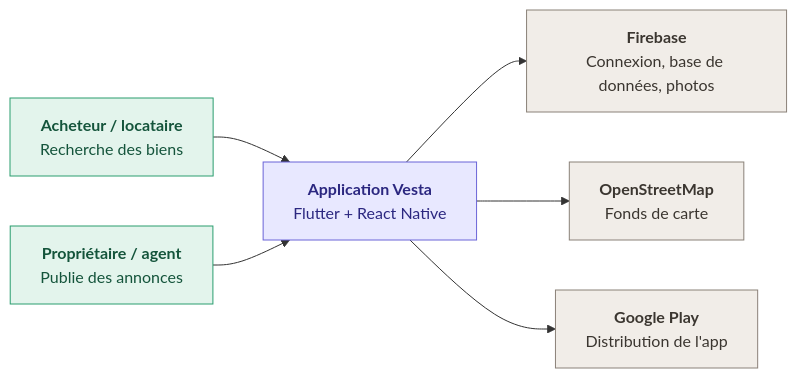
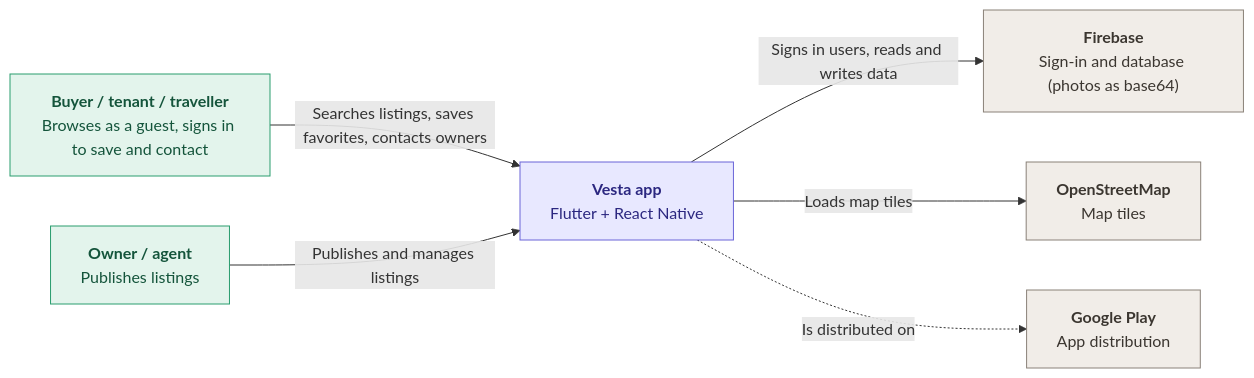
Before and after one commit to manar09-code/vesta: the diagram in docs/c4/level1-context.mmd, drawn with Mermaid. The commit also changed 6 other files, not shown here.

Commit message:
docs(c4): English labels, labeled arrows, TypeScript, larger level 2 [VST-69]

```diff
--- a/docs/c4/level1-context.mmd
+++ b/docs/c4/level1-context.mmd
@@ -1,16 +1,16 @@
-%% C4 level 1: system context (VST-69). Matches the decisions: OpenStreetMap (no Google Maps), photos in Firestore (no Firebase Storage).
+%% C4 level 1: system context (VST-69). Decisions: OpenStreetMap (no Google Maps), photos in Firestore (no Firebase Storage).
 flowchart LR
-  Buyer["<b>Acheteur / locataire</b><br/>Recherche des biens"]:::person
-  Owner["<b>Propriétaire / agent</b><br/>Publie des annonces"]:::person
-  Vesta["<b>Application Vesta</b><br/>Flutter + React Native"]:::ours
-  Firebase["<b>Firebase</b><br/>Connexion, base de données, photos"]:::ext
-  OSM["<b>OpenStreetMap</b><br/>Fonds de carte"]:::ext
-  Play["<b>Google Play</b><br/>Distribution de l'app"]:::ext
-  Buyer --> Vesta
-  Owner --> Vesta
-  Vesta --> Firebase
-  Vesta --> OSM
-  Vesta --> Play
+  Buyer["<b>Buyer / tenant / traveller</b><br/>Browses as a guest, signs in to save and contact"]:::person
+  Owner["<b>Owner / agent</b><br/>Publishes listings"]:::person
+  Vesta["<b>Vesta app</b><br/>Flutter + React Native"]:::ours
+  Firebase["<b>Firebase</b><br/>Sign-in and database (photos as base64)"]:::ext
+  OSM["<b>OpenStreetMap</b><br/>Map tiles"]:::ext
+  Play["<b>Google Play</b><br/>App distribution"]:::ext
+  Buyer -->|"Searches listings, saves favorites, contacts owners"| Vesta
+  Owner -->|"Publishes and manages listings"| Vesta
+  Vesta -->|"Signs in users, reads and writes data"| Firebase
+  Vesta -->|"Loads map tiles"| OSM
+  Vesta -.->|"Is distributed on"| Play
   classDef person fill:#e3f4ec,stroke:#2a9d6f,color:#14543b
   classDef ours fill:#e8e8ff,stroke:#6a64d8,color:#2b2780
   classDef ext fill:#f1ede8,stroke:#8a8178,color:#3b3630
```
